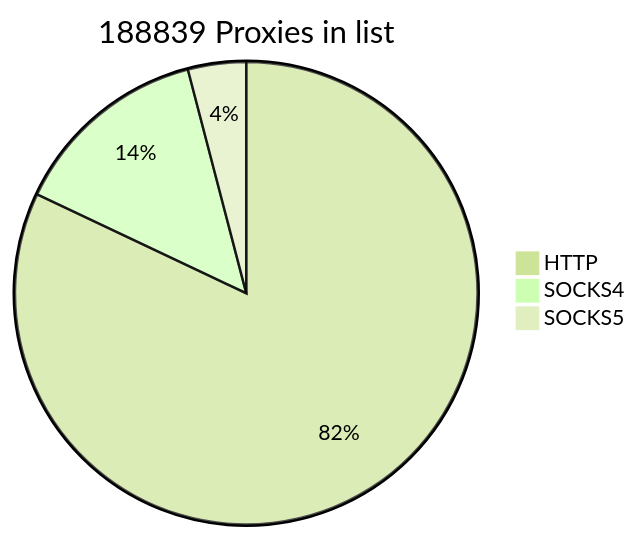
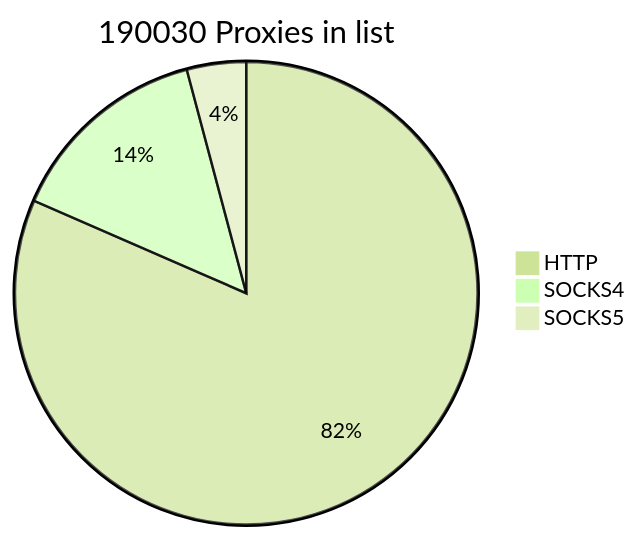
One commit to cutipu/proxylist changed the first of 2 diagrams in README.md. Above: the diagram before and after it, drawn with Mermaid (forest theme). The commit also changed other lines of this file, not shown here.

````diff
--- a/README.md
+++ b/README.md
@@ -2,7 +2,7 @@
 ```mermaid
-pie title 188839 Proxies in list
-    "HTTP" : 154918
-    "SOCKS4" : 26247
-    "SOCKS5" : 7674
+pie title 190030 Proxies in list
+    "HTTP" : 154954
+    "SOCKS4" : 27211
+    "SOCKS5" : 7865
             
 ```
````
